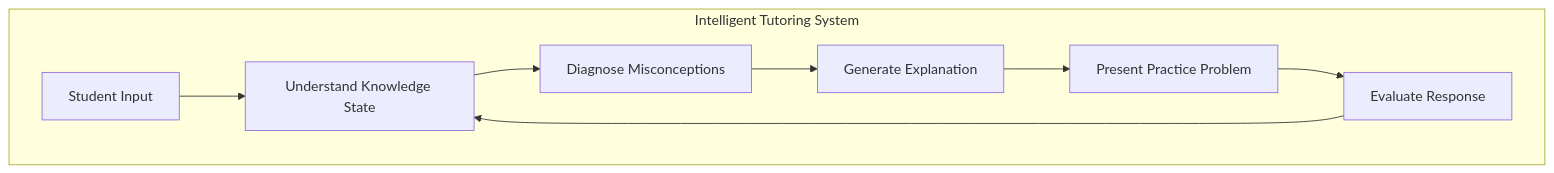
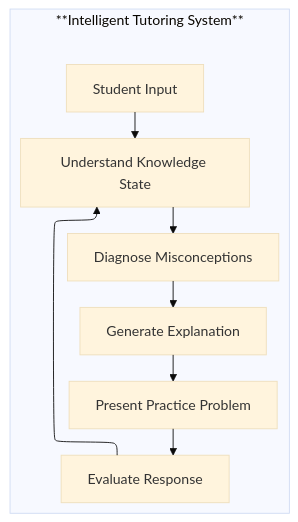
The diagram in The 2026 AI Metromap/The 2026 AI Metromap: AI in Education – Personalized Learning and Training.md (Vineet-Sharma-Medium-Stories/Medium-Build-Tool), drawn with Mermaid before and after one commit. The commit also changed 37 other files, not shown here.

````diff
--- a/The 2026 AI Metromap/The 2026 AI Metromap: AI in Education – Personalized Learning and Training.md
+++ b/The 2026 AI Metromap/The 2026 AI Metromap: AI in Education – Personalized Learning and Training.md
@@ -67,11 +67,16 @@
 ```mermaid
+---
+config:
+  theme: base
+  layout: elk
+---
 graph TD
-    subgraph "Intelligent Tutoring System"
+    subgraph "**Intelligent Tutoring System**"
         S[Student Input] --> U[Understand Knowledge State]
         U --> D[Diagnose Misconceptions]
         D --> G[Generate Explanation]
         G --> P[Present Practice Problem]
         P --> E[Evaluate Response]
         E --> U
     end
 ```
````
